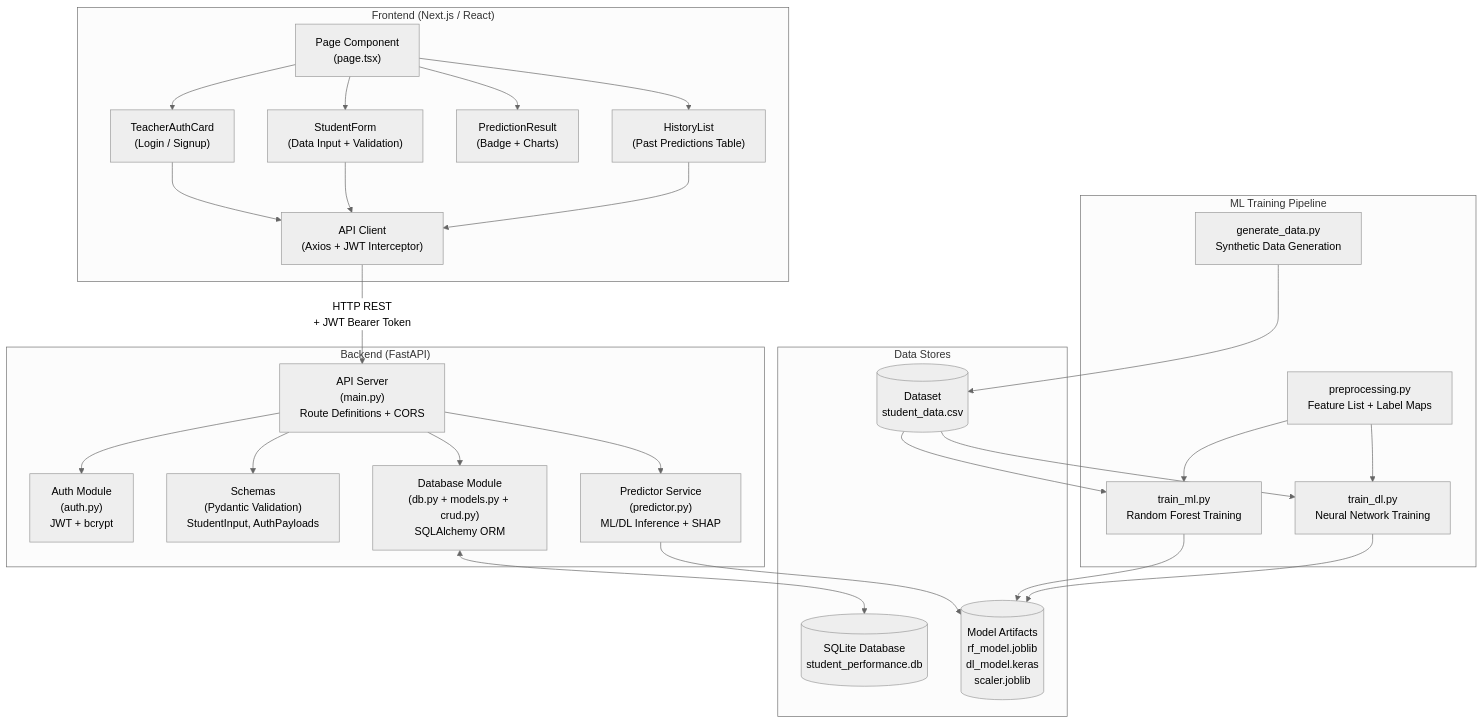
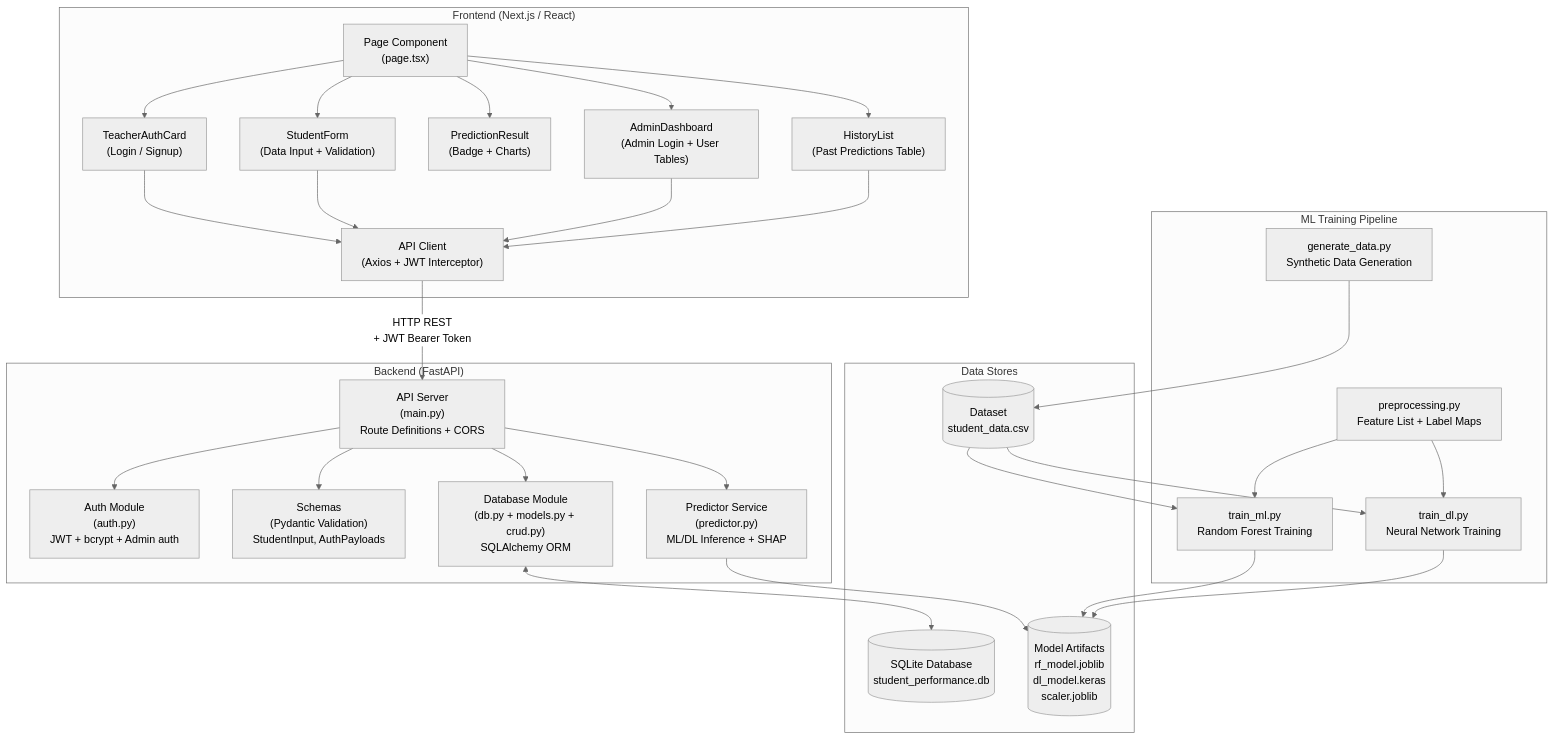
Before and after one commit to vrroshni/student-analyser: the first of 2 diagrams in diagram/06_module_design.md, drawn with Mermaid (neutral theme). The commit also changed other lines of this file and 29 other files, not shown here.

````diff
--- a/diagram/06_module_design.md
+++ b/diagram/06_module_design.md
@@ -11,63 +11,66 @@
 ```mermaid
 graph TD
     subgraph Frontend["Frontend (Next.js / React)"]
         FE_Page["Page Component\n(page.tsx)"]
         FE_Auth["TeacherAuthCard\n(Login / Signup)"]
         FE_Form["StudentForm\n(Data Input + Validation)"]
         FE_Result["PredictionResult\n(Badge + Charts)"]
         FE_History["HistoryList\n(Past Predictions Table)"]
         FE_API["API Client\n(Axios + JWT Interceptor)"]
+        FE_Admin["AdminDashboard\n(Admin Login + User Tables)"]
     end
 
     subgraph Backend["Backend (FastAPI)"]
         BE_API["API Server\n(main.py)\nRoute Definitions + CORS"]
-        BE_Auth["Auth Module\n(auth.py)\nJWT + bcrypt"]
+        BE_Auth["Auth Module\n(auth.py)\nJWT + bcrypt + Admin auth"]
         BE_Schema["Schemas\n(Pydantic Validation)\nStudentInput, AuthPayloads"]
         BE_Predict["Predictor Service\n(predictor.py)\nML/DL Inference + SHAP"]
         BE_DB["Database Module\n(db.py + models.py + crud.py)\nSQLAlchemy ORM"]
     end
 
     subgraph Training["ML Training Pipeline"]
         ML_Train["train_ml.py\nRandom Forest Training"]
         DL_Train["train_dl.py\nNeural Network Training"]
         Preprocess["preprocessing.py\nFeature List + Label Maps"]
         DataGen["generate_data.py\nSynthetic Data Generation"]
     end
 
     subgraph DataStores["Data Stores"]
         SQLite[("SQLite Database\nstudent_performance.db")]
         Artifacts[("Model Artifacts\nrf_model.joblib\ndl_model.keras\nscaler.joblib")]
         Dataset[("Dataset\nstudent_data.csv")]
     end
 
     %% Frontend internal connections
     FE_Page --> FE_Auth
     FE_Page --> FE_Form
     FE_Page --> FE_Result
     FE_Page --> FE_History
     FE_Auth --> FE_API
     FE_Form --> FE_API
+    FE_Page --> FE_Admin
+    FE_Admin --> FE_API
     FE_History --> FE_API
 
     %% Frontend to Backend
     FE_API -->|"HTTP REST\n+ JWT Bearer Token"| BE_API
 
     %% Backend internal connections
     BE_API --> BE_Auth
     BE_API --> BE_Schema
     BE_API --> BE_Predict
     BE_API --> BE_DB
 
     %% Backend to Data Stores
     BE_DB <--> SQLite
     BE_Predict --> Artifacts
 
     %% Training pipeline
     DataGen --> Dataset
     Dataset --> ML_Train
     Dataset --> DL_Train
     ML_Train --> Artifacts
     DL_Train --> Artifacts
     Preprocess --> ML_Train
     Preprocess --> DL_Train
 ```
````
